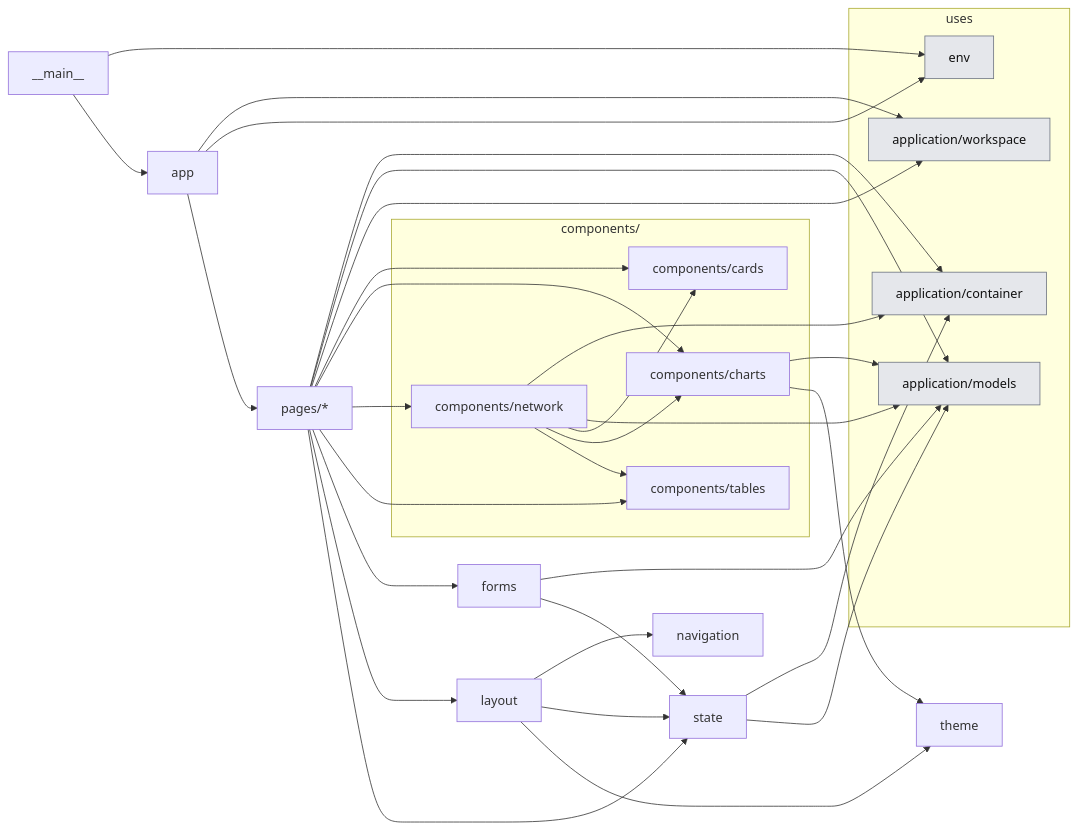
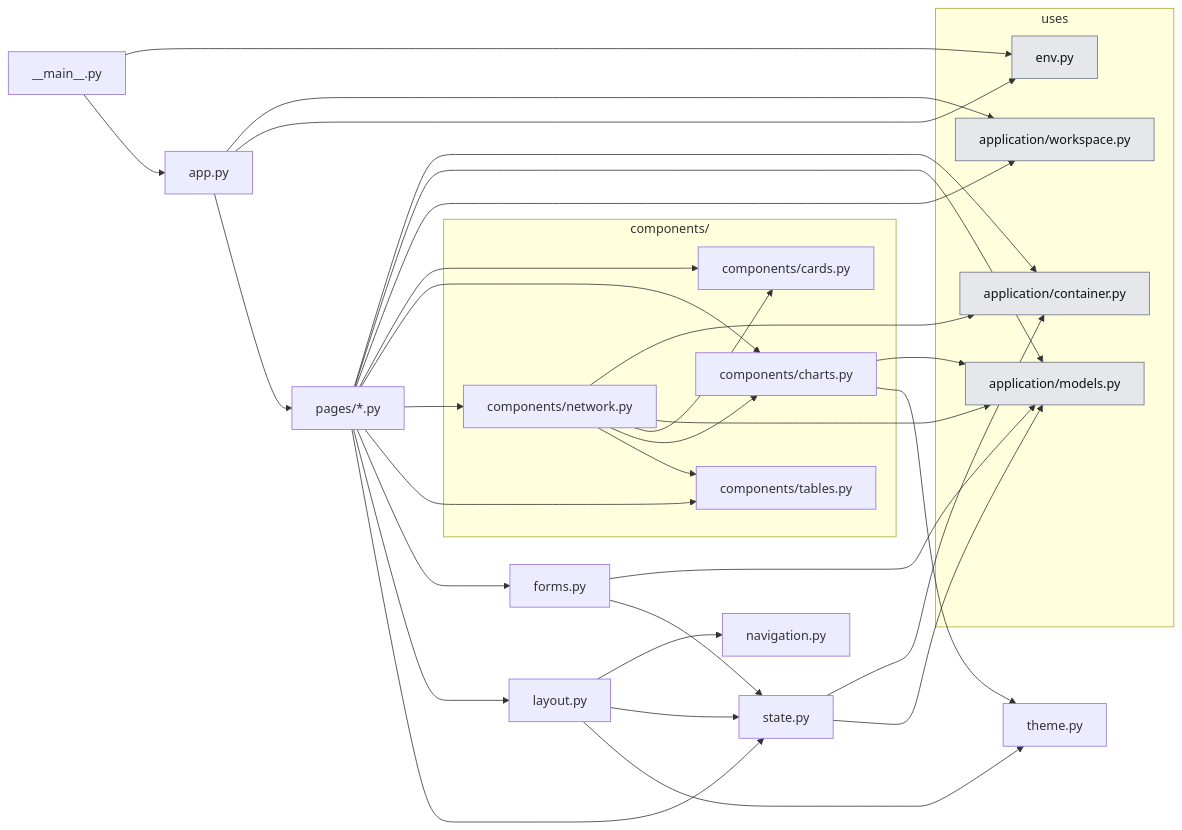
Before and after one commit to KevinRapo/P2P-thesis: the second of 3 diagrams in docs_thesis/thesis/architecture/05-presentation.md, drawn with Mermaid. The commit also changed other lines of this file and 5 other files, not shown here.

````diff
--- a/docs_thesis/thesis/architecture/05-presentation.md
+++ b/docs_thesis/thesis/architecture/05-presentation.md
@@ -50,53 +50,53 @@
 ```mermaid
 flowchart LR
-  n_studio___main__["__main__"]
-  n_studio_app["app"]
-  n_studio_forms["forms"]
-  n_studio_layout["layout"]
-  n_studio_navigation["navigation"]
-  n_studio_pages__["pages/*"]
-  n_studio_state["state"]
-  n_studio_theme["theme"]
+  n_studio___main__["__main__.py"]
+  n_studio_app["app.py"]
+  n_studio_forms["forms.py"]
+  n_studio_layout["layout.py"]
+  n_studio_navigation["navigation.py"]
+  n_studio_pages__["pages/*.py"]
+  n_studio_state["state.py"]
+  n_studio_theme["theme.py"]
   subgraph g_components["components/"]
-    n_studio_components_cards["components/cards"]
-    n_studio_components_charts["components/charts"]
-    n_studio_components_network["components/network"]
-    n_studio_components_tables["components/tables"]
+    n_studio_components_cards["components/cards.py"]
+    n_studio_components_charts["components/charts.py"]
+    n_studio_components_network["components/network.py"]
+    n_studio_components_tables["components/tables.py"]
   end
   subgraph USES["uses"]
-    n_application_container["application/container"]:::ext
-    n_application_models["application/models"]:::ext
-    n_application_workspace["application/workspace"]:::ext
-    n_env["env"]:::ext
+    n_application_container["application/container.py"]:::ext
+    n_application_models["application/models.py"]:::ext
+    n_application_workspace["application/workspace.py"]:::ext
+    n_env["env.py"]:::ext
   end
   n_studio___main__ --> n_env
   n_studio___main__ --> n_studio_app
   n_studio_app --> n_application_workspace
   n_studio_app --> n_env
   n_studio_app --> n_studio_pages__
   n_studio_components_charts --> n_application_models
   n_studio_components_charts --> n_studio_theme
   n_studio_components_network --> n_application_container
   n_studio_components_network --> n_application_models
   n_studio_components_network --> n_studio_components_cards
   n_studio_components_network --> n_studio_components_charts
   n_studio_components_network --> n_studio_components_tables
   n_studio_forms --> n_application_models
   n_studio_forms --> n_studio_state
   n_studio_layout --> n_studio_navigation
   n_studio_layout --> n_studio_state
   n_studio_layout --> n_studio_theme
   n_studio_pages__ --> n_application_container
   n_studio_pages__ --> n_application_models
   n_studio_pages__ --> n_application_workspace
   n_studio_pages__ --> n_studio_components_cards
   n_studio_pages__ --> n_studio_components_charts
   n_studio_pages__ --> n_studio_components_network
   n_studio_pages__ --> n_studio_components_tables
   n_studio_pages__ --> n_studio_forms
   n_studio_pages__ --> n_studio_layout
   n_studio_pages__ --> n_studio_state
   n_studio_state --> n_application_container
   n_studio_state --> n_application_models
   classDef ext fill:#e5e7eb,stroke:#6b7280,color:#111
 ```
````
